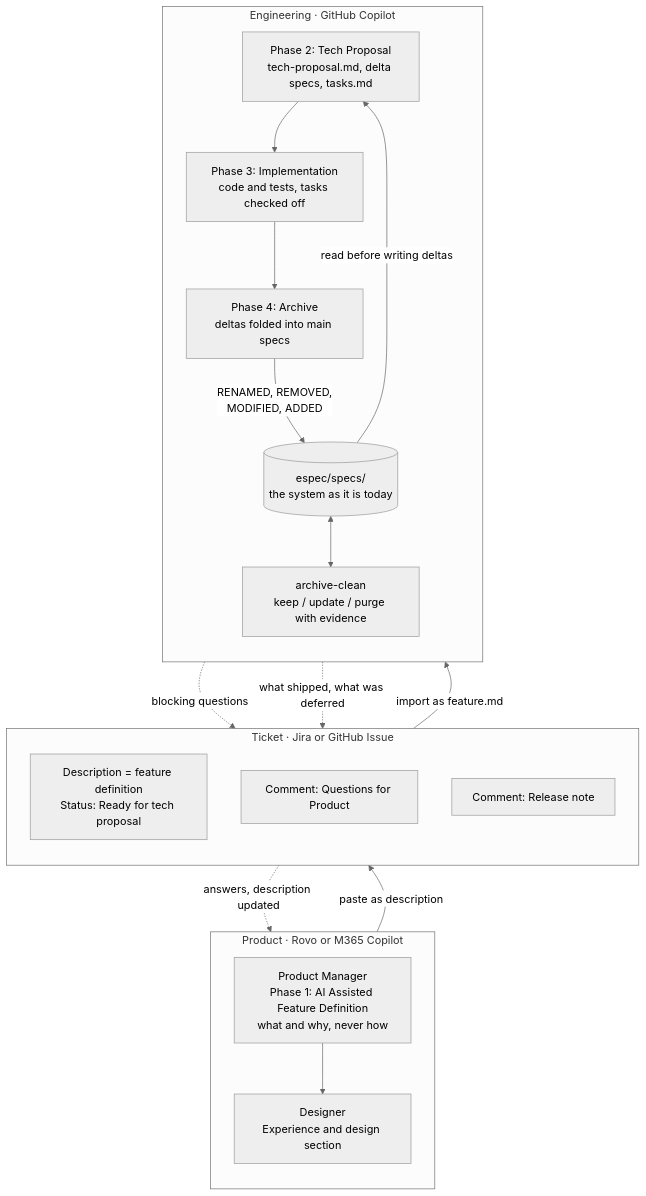
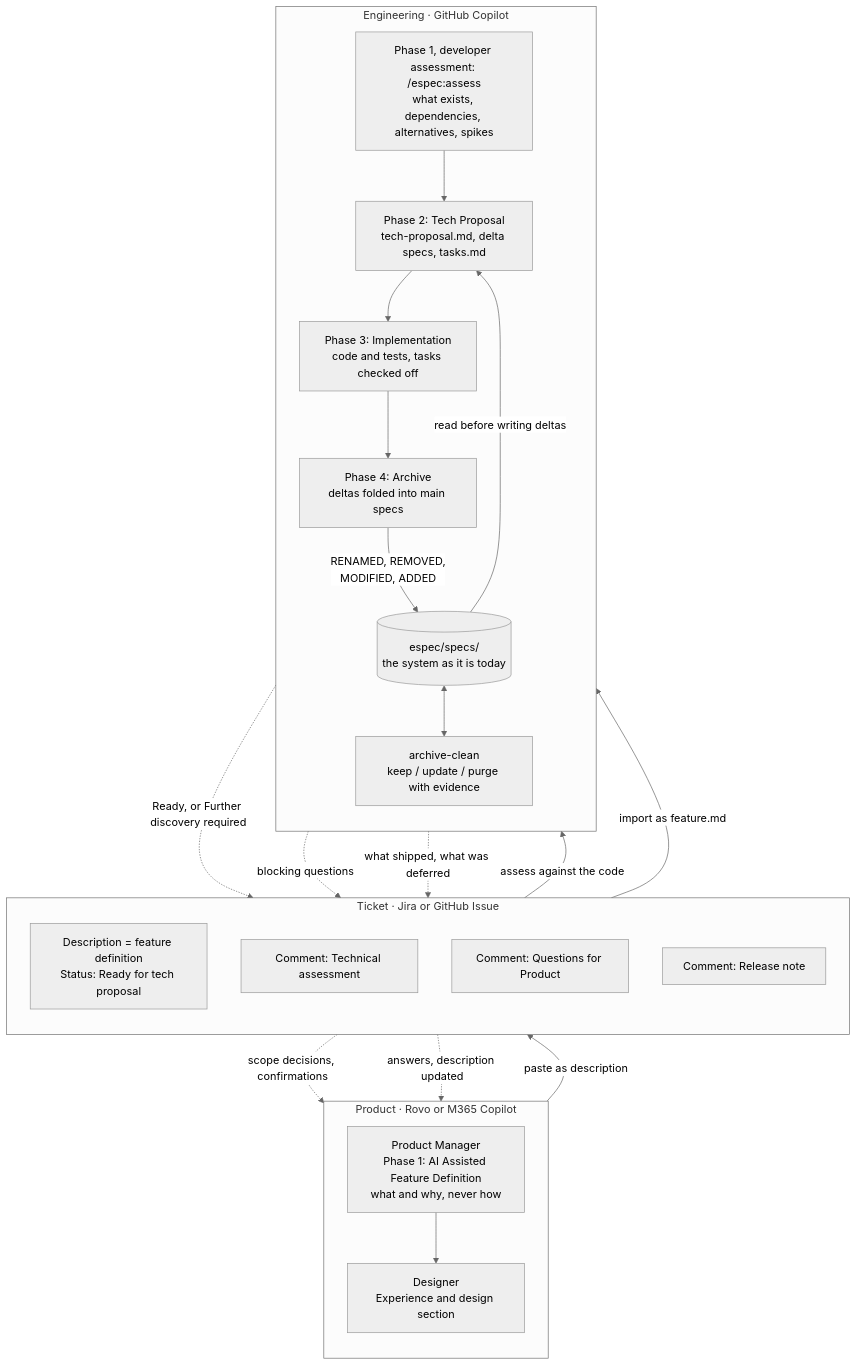
Before and after one commit to Mindera/Enterprise-Spec-Driven-Development: the diagram in docs/workflow.md, drawn with Mermaid (neutral theme). The commit also changed other lines of this file and 13 other files, not shown here.

First line of the commit message:
Add /espec:assess, a read-only technical assessment before the tech proposal

````diff
--- a/docs/workflow.md
+++ b/docs/workflow.md
@@ -13,35 +13,40 @@
 ```mermaid
 flowchart TB
   subgraph Product["Product · Rovo or M365 Copilot"]
     direction TB
     PM["Product Manager<br/>Phase 1: AI Assisted Feature Definition<br/>what and why, never how"]
     DS["Designer<br/>Experience and design section"]
     PM --> DS
   end
 
   subgraph Ticket["Ticket · Jira or GitHub Issue"]
     direction TB
     TK["Description = feature definition<br/>Status: Ready for tech proposal"]
+    TA["Comment: Technical assessment"]
     TQ["Comment: Questions for Product"]
     TR["Comment: Release note"]
   end
 
   subgraph Eng["Engineering · GitHub Copilot"]
     direction TB
+    AS["Phase 1, developer assessment: /espec:assess<br/>what exists, dependencies, alternatives, spikes"]
     TP["Phase 2: Tech Proposal<br/>tech-proposal.md, delta specs, tasks.md"]
     IM["Phase 3: Implementation<br/>code and tests, tasks checked off"]
     AR["Phase 4: Archive<br/>deltas folded into main specs"]
     MS[("espec/specs/<br/>the system as it is today")]
     AC["archive-clean<br/>keep / update / purge with evidence"]
-    TP --> IM --> AR
+    AS --> TP --> IM --> AR
     AR -->|"RENAMED, REMOVED,<br/>MODIFIED, ADDED"| MS
     MS -->|"read before writing deltas"| TP
     MS <--> AC
   end
 
   DS -->|"paste as description"| TK
+  TK -->|"assess against the code"| AS
+  AS -.->|"Ready, or Further discovery required"| TA
+  TA -.->|"scope decisions, confirmations"| PM
   TK -->|"import as feature.md"| TP
   TP -.->|"blocking questions"| TQ
   TQ -.->|"answers, description updated"| PM
   AR -.->|"what shipped, what was deferred"| TR
 ```
````
